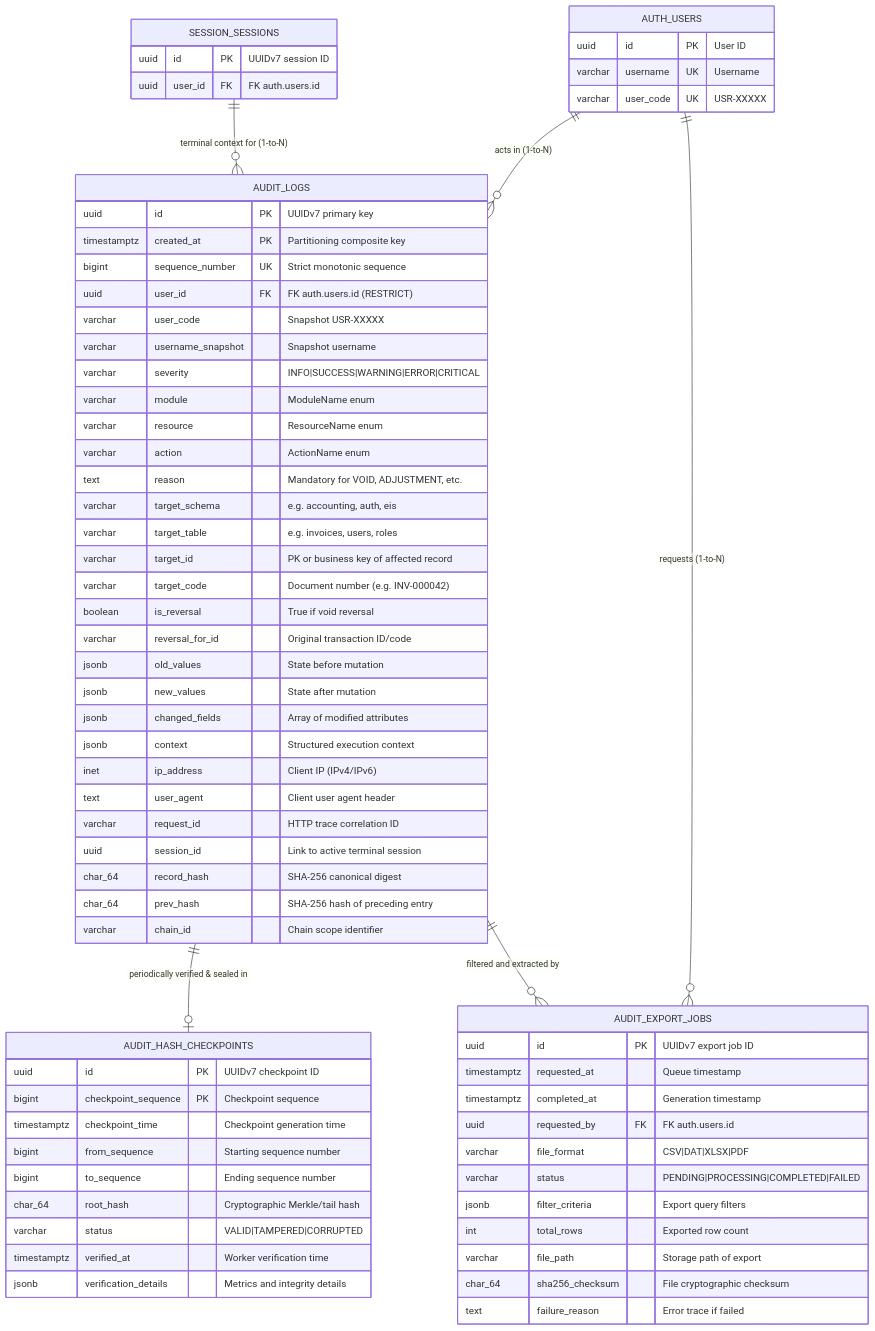
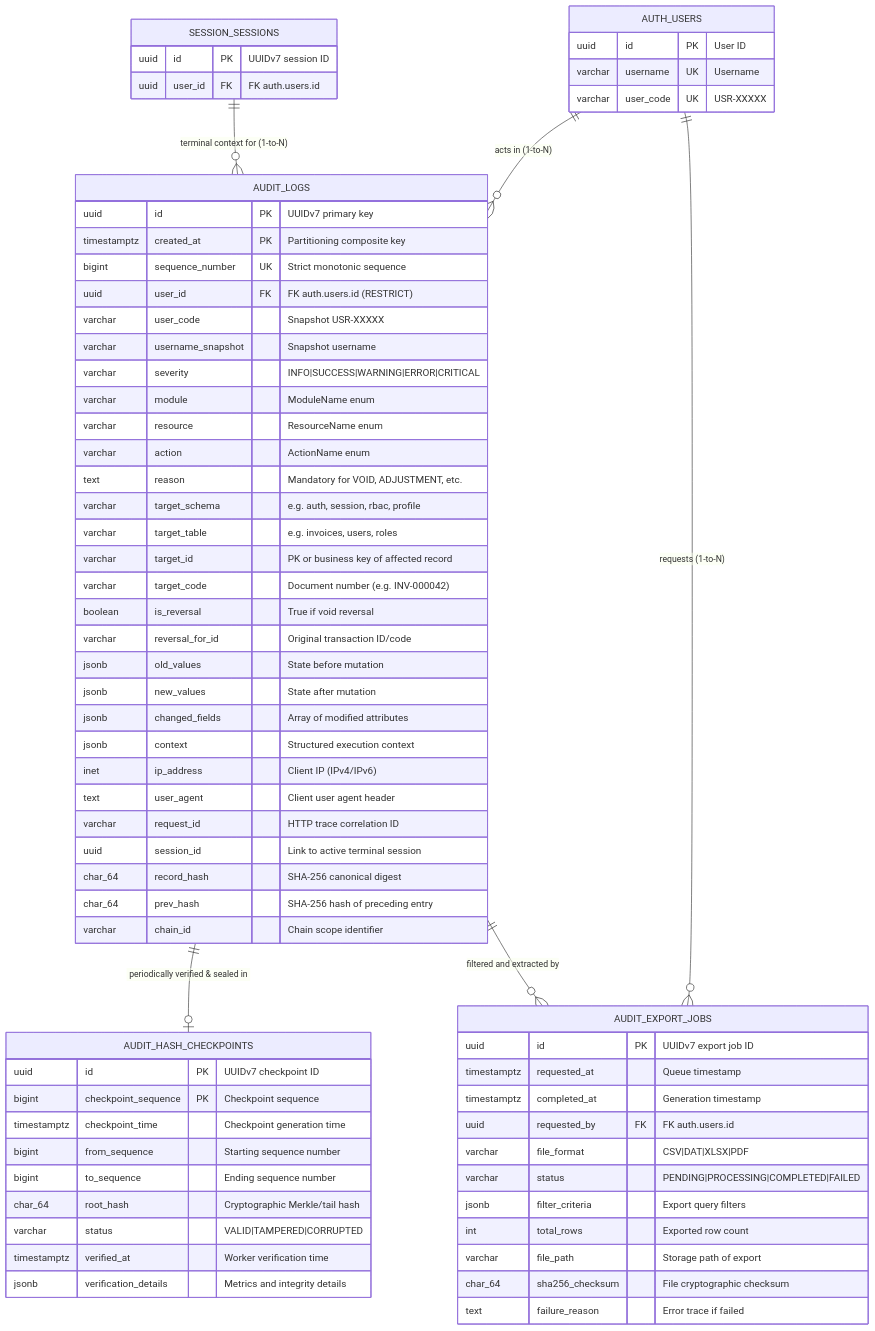
One commit to Template-Codes/fastapi-init-setup-template-v2 changed the diagram in docs/docs/audit_trail/ERD.md. Above: the diagram before and after it, drawn with Mermaid. The commit also changed other lines of this file and 9 other files, not shown here.

````diff
--- a/docs/docs/audit_trail/ERD.md
+++ b/docs/docs/audit_trail/ERD.md
@@ -9,76 +9,76 @@
 ```mermaid
 erDiagram
     AUTH_USERS {
         uuid id PK "User ID"
         varchar username UK "Username"
         varchar user_code UK "USR-XXXXX"
     }
 
     SESSION_SESSIONS {
         uuid id PK "UUIDv7 session ID"
         uuid user_id FK "FK auth.users.id"
     }
 
     AUDIT_LOGS {
         uuid id PK "UUIDv7 primary key"
         timestamptz created_at PK "Partitioning composite key"
         bigint sequence_number UK "Strict monotonic sequence"
         uuid user_id FK "FK auth.users.id (RESTRICT)"
         varchar user_code "Snapshot USR-XXXXX"
         varchar username_snapshot "Snapshot username"
         varchar severity "INFO|SUCCESS|WARNING|ERROR|CRITICAL"
         varchar module "ModuleName enum"
         varchar resource "ResourceName enum"
         varchar action "ActionName enum"
         text reason "Mandatory for VOID, ADJUSTMENT, etc."
-        varchar target_schema "e.g. accounting, auth, eis"
+        varchar target_schema "e.g. auth, session, rbac, profile"
         varchar target_table "e.g. invoices, users, roles"
         varchar target_id "PK or business key of affected record"
         varchar target_code "Document number (e.g. INV-000042)"
         boolean is_reversal "True if void reversal"
         varchar reversal_for_id "Original transaction ID/code"
         jsonb old_values "State before mutation"
         jsonb new_values "State after mutation"
         jsonb changed_fields "Array of modified attributes"
         jsonb context "Structured execution context"
         inet ip_address "Client IP (IPv4/IPv6)"
         text user_agent "Client user agent header"
         varchar request_id "HTTP trace correlation ID"
         uuid session_id "Link to active terminal session"
         char_64 record_hash "SHA-256 canonical digest"
         char_64 prev_hash "SHA-256 hash of preceding entry"
         varchar chain_id "Chain scope identifier"
     }
 
     AUDIT_EXPORT_JOBS {
         uuid id PK "UUIDv7 export job ID"
         timestamptz requested_at "Queue timestamp"
         timestamptz completed_at "Generation timestamp"
         uuid requested_by FK "FK auth.users.id"
         varchar file_format "CSV|DAT|XLSX|PDF"
         varchar status "PENDING|PROCESSING|COMPLETED|FAILED"
         jsonb filter_criteria "Export query filters"
         int total_rows "Exported row count"
         varchar file_path "Storage path of export"
         char_64 sha256_checksum "File cryptographic checksum"
         text failure_reason "Error trace if failed"
     }
 
     AUDIT_HASH_CHECKPOINTS {
         uuid id PK "UUIDv7 checkpoint ID"
         bigint checkpoint_sequence PK "Checkpoint sequence"
         timestamptz checkpoint_time "Checkpoint generation time"
         bigint from_sequence "Starting sequence number"
         bigint to_sequence "Ending sequence number"
         char_64 root_hash "Cryptographic Merkle/tail hash"
         varchar status "VALID|TAMPERED|CORRUPTED"
         timestamptz verified_at "Worker verification time"
         jsonb verification_details "Metrics and integrity details"
     }
 
     AUTH_USERS ||--o{ AUDIT_LOGS : "acts in (1-to-N)"
     SESSION_SESSIONS ||--o{ AUDIT_LOGS : "terminal context for (1-to-N)"
     AUTH_USERS ||--o{ AUDIT_EXPORT_JOBS : "requests (1-to-N)"
     AUDIT_LOGS ||--o| AUDIT_HASH_CHECKPOINTS : "periodically verified & sealed in"
     AUDIT_LOGS ||--o{ AUDIT_EXPORT_JOBS : "filtered and extracted by"
 ```
````
